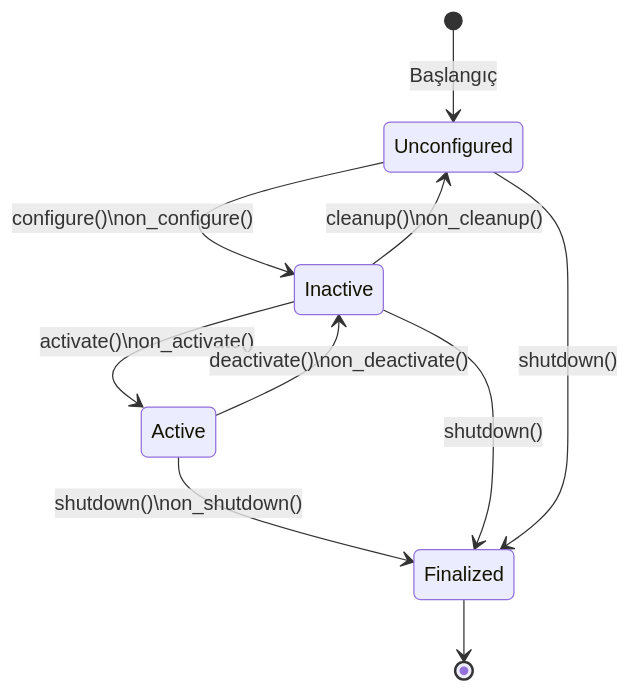
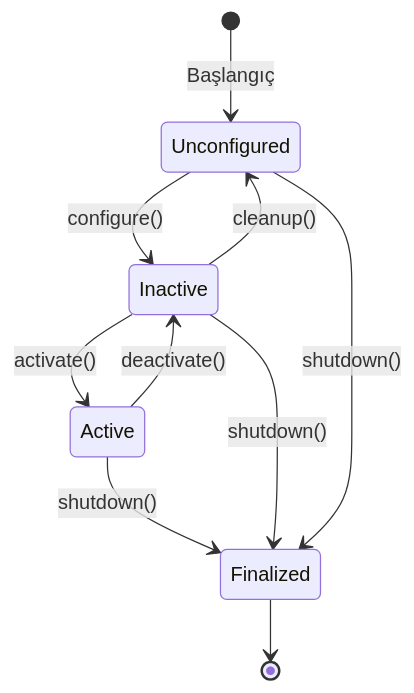
One commit to serkanMzlm/MechatronicsNotebook changed the third of 5 diagrams in docs/md/robotics/ros2.md. Above: the diagram before and after it, drawn with Mermaid. The commit also changed other lines of this file and 3 other files, not shown here.

````diff
--- a/docs/md/robotics/ros2.md
+++ b/docs/md/robotics/ros2.md
@@ -516,12 +131,12 @@
 ```mermaid
 stateDiagram-v2
     [*] --> Unconfigured: Başlangıç
-    Unconfigured --> Inactive: configure()\non_configure()
-    Inactive --> Active: activate()\non_activate()
-    Active --> Inactive: deactivate()\non_deactivate()
-    Inactive --> Unconfigured: cleanup()\non_cleanup()
-    Active --> Finalized: shutdown()\non_shutdown()
+    Unconfigured --> Inactive: configure()
+    Inactive --> Active: activate()
+    Active --> Inactive: deactivate()
+    Inactive --> Unconfigured: cleanup()
+    Active --> Finalized: shutdown()
     Inactive --> Finalized: shutdown()
     Unconfigured --> Finalized: shutdown()
     Finalized --> [*]
 ```
````
